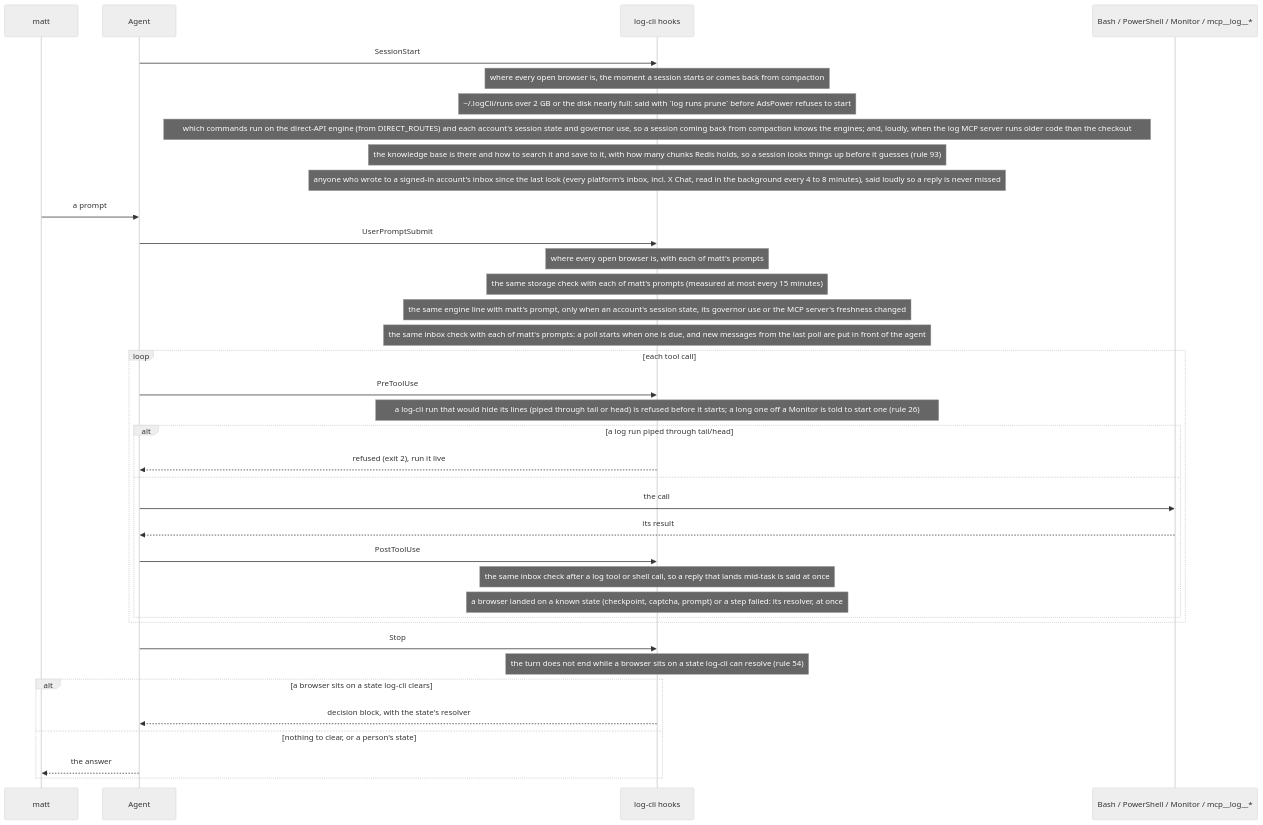
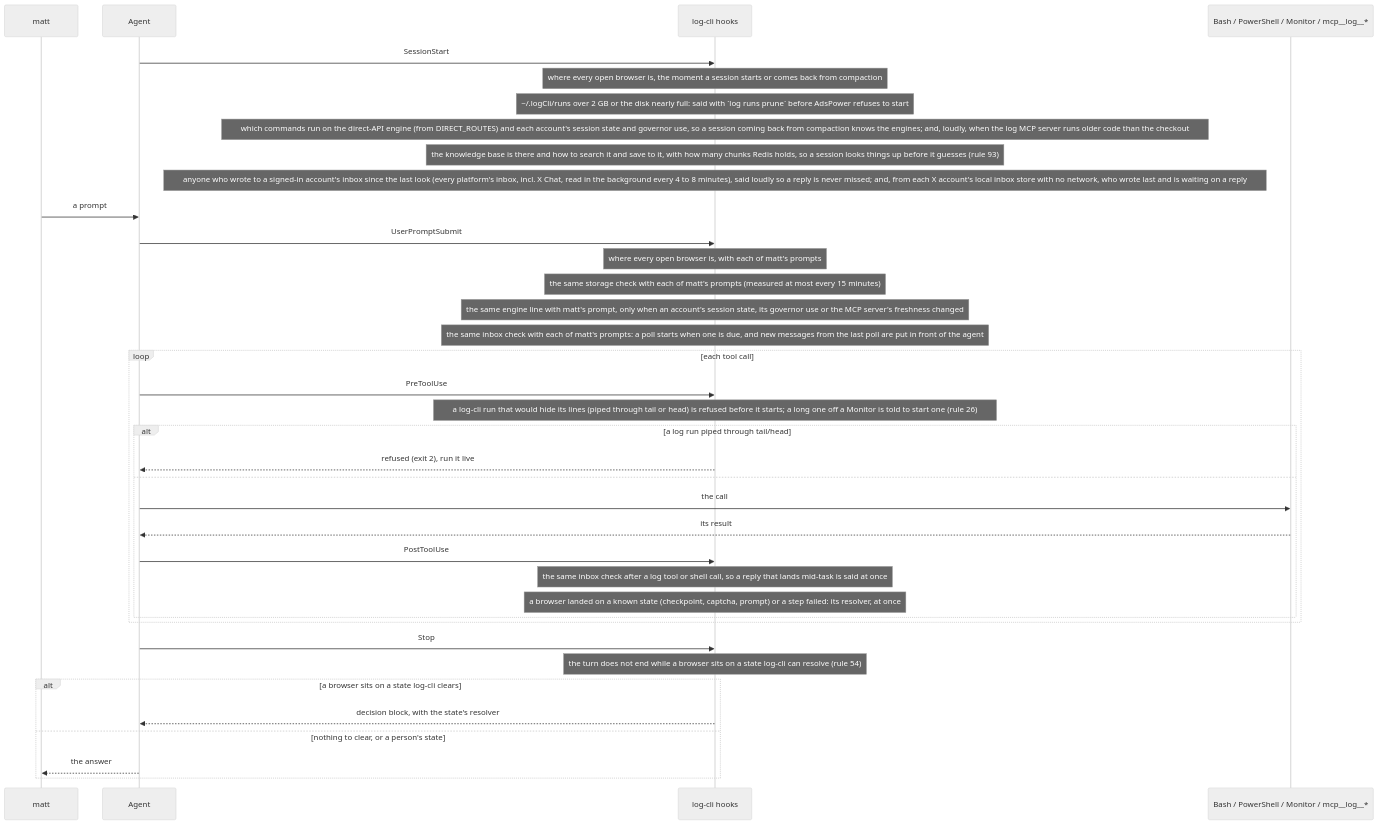
Before and after one commit to matthewdonsemail-lab/log: the fifth of 6 diagrams in README.md, drawn with Mermaid (neutral theme). The commit also changed other lines of this file and 17 other files, not shown here.

Commit message:
Cut log twitter dms start-up; the session hook says who is waiting from the local store

````diff
--- a/README.md
+++ b/README.md
@@ -680,39 +680,39 @@
 ```mermaid
 sequenceDiagram
   participant matt
   participant Agent
   participant Hook as log-cli hooks
   participant Tool as Bash / PowerShell / Monitor / mcp__log__*
   Agent->>Hook: SessionStart
   Note over Hook: where every open browser is, the moment a session starts or comes back from compaction
   Note over Hook: ~/.logCli/runs over 2 GB or the disk nearly full: said with `log runs prune` before AdsPower refuses to start
   Note over Hook: which commands run on the direct-API engine (from DIRECT_ROUTES) and each account's session state and governor use, so a session coming back from compaction knows the engines#59; and, loudly, when the log MCP server runs older code than the checkout
   Note over Hook: the knowledge base is there and how to search it and save to it, with how many chunks Redis holds, so a session looks things up before it guesses (rule 93)
-  Note over Hook: anyone who wrote to a signed-in account's inbox since the last look (every platform's inbox, incl. X Chat, read in the background every 4 to 8 minutes), said loudly so a reply is never missed
+  Note over Hook: anyone who wrote to a signed-in account's inbox since the last look (every platform's inbox, incl. X Chat, read in the background every 4 to 8 minutes), said loudly so a reply is never missed#59; and, from each X account's local inbox store with no network, who wrote last and is waiting on a reply
   matt->>Agent: a prompt
   Agent->>Hook: UserPromptSubmit
   Note over Hook: where every open browser is, with each of matt's prompts
   Note over Hook: the same storage check with each of matt's prompts (measured at most every 15 minutes)
   Note over Hook: the same engine line with matt's prompt, only when an account's session state, its governor use or the MCP server's freshness changed
   Note over Hook: the same inbox check with each of matt's prompts: a poll starts when one is due, and new messages from the last poll are put in front of the agent
   loop each tool call
     Agent->>Hook: PreToolUse
     Note over Hook: a log-cli run that would hide its lines (piped through tail or head) is refused before it starts#59; a long one off a Monitor is told to start one (rule 26)
     alt a log run piped through tail/head
       Hook-->>Agent: refused (exit 2), run it live
     else
       Agent->>Tool: the call
       Tool-->>Agent: its result
       Agent->>Hook: PostToolUse
     Note over Hook: the same inbox check after a log tool or shell call, so a reply that lands mid-task is said at once
     Note over Hook: a browser landed on a known state (checkpoint, captcha, prompt) or a step failed: its resolver, at once
     end
   end
   Agent->>Hook: Stop
   Note over Hook: the turn does not end while a browser sits on a state log-cli can resolve (rule 54)
   alt a browser sits on a state log-cli clears
     Hook-->>Agent: decision block, with the state's resolver
   else nothing to clear, or a person's state
     Agent-->>matt: the answer
   end
 ```
````
